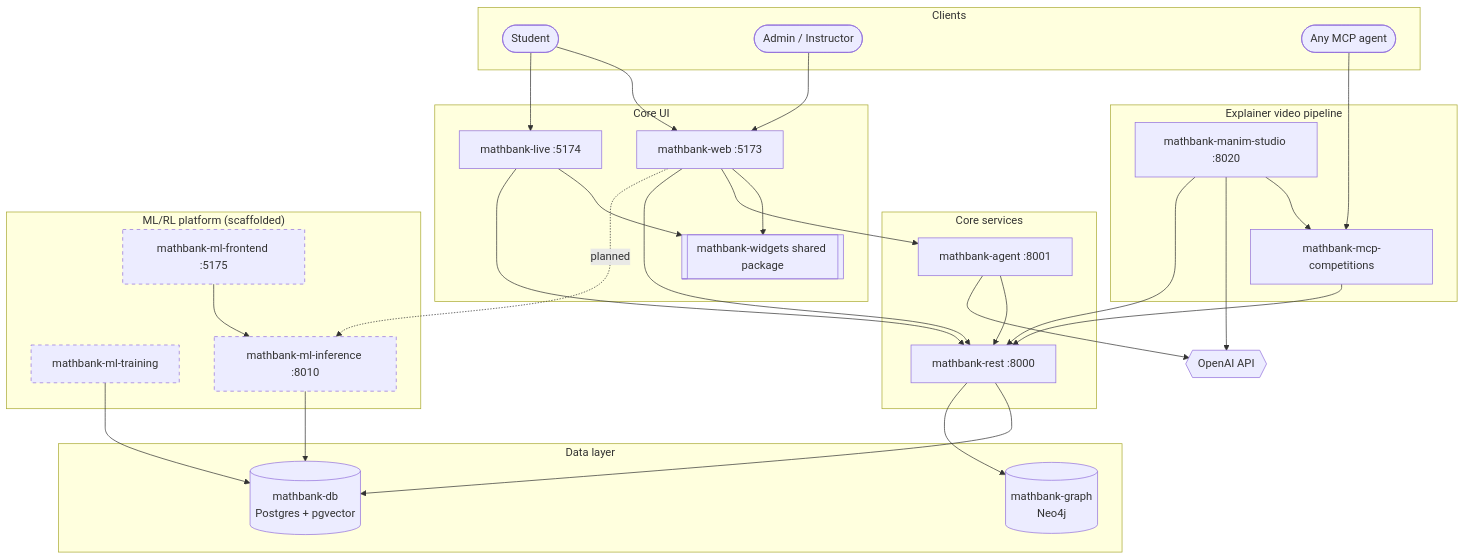
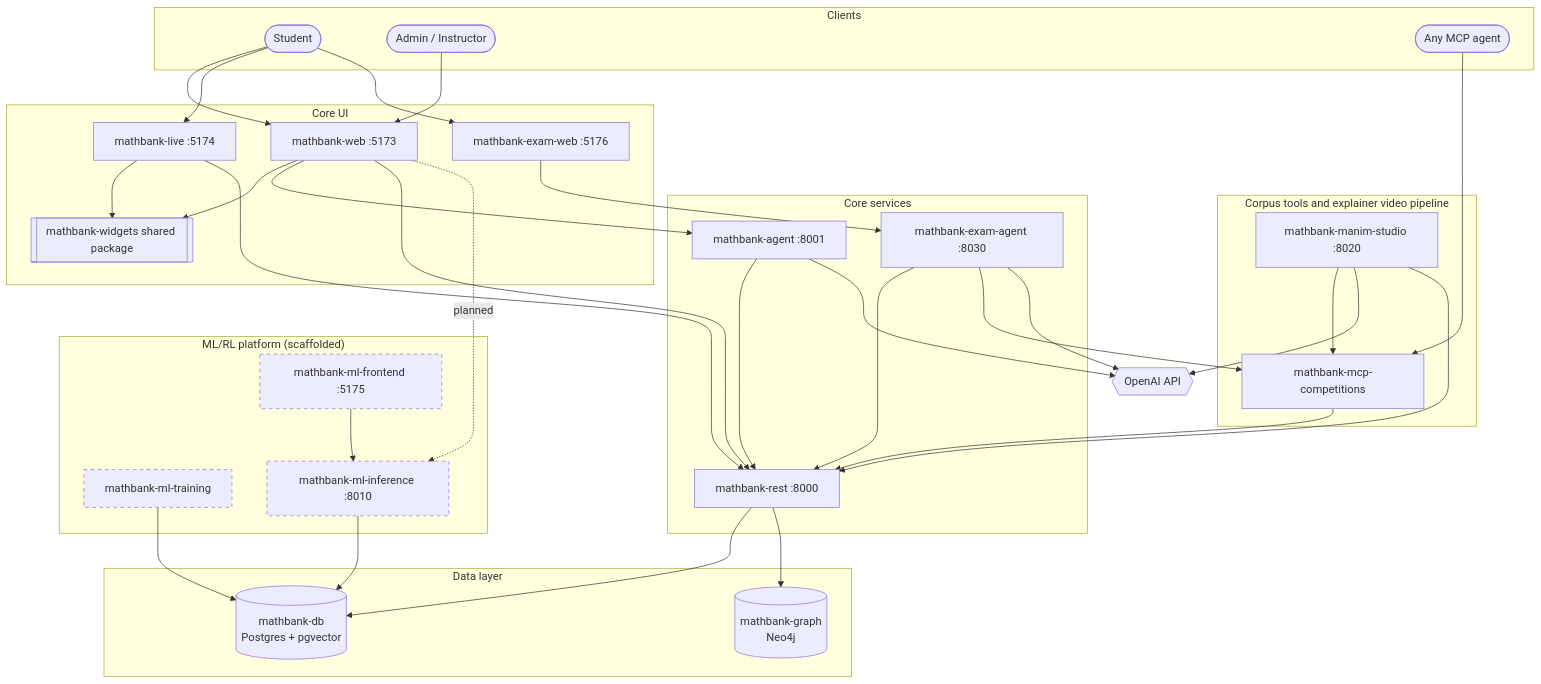
Before and after one commit to sutanuchaudhuri/knowledge-bank-ingestion: the first of 12 diagrams in README.md, drawn with Mermaid. The commit also changed other lines of this file, not shown here.

````diff
--- a/README.md
+++ b/README.md
@@ -104,66 +108,73 @@
 ```mermaid
 flowchart TB
     subgraph Clients
         Stu([Student])
         Adm([Admin / Instructor])
         MCPAgent([Any MCP agent])
     end
 
     subgraph CoreUI["Core UI"]
         Web[mathbank-web :5173]
         Live[mathbank-live :5174]
+        ExamWeb[mathbank-exam-web :5176]
         Widgets[[mathbank-widgets shared package]]
     end
 
     subgraph CoreServices["Core services"]
         Agent[mathbank-agent :8001]
+        ExamAgent[mathbank-exam-agent :8030]
         Rest[mathbank-rest :8000]
     end
 
-    subgraph VideoPipeline["Explainer video pipeline"]
+    subgraph CorpusTools["Corpus tools and explainer video pipeline"]
         Mcp[mathbank-mcp-competitions]
         Manim[mathbank-manim-studio :8020]
     end
 
     subgraph MLPlatform["ML/RL platform (scaffolded)"]
         MlTrain[mathbank-ml-training]
         MlInfer[mathbank-ml-inference :8010]
         MlFront[mathbank-ml-frontend :5175]
     end
 
     subgraph Data["Data layer"]
         Db[(mathbank-db
 Postgres + pgvector)]
         Graph[(mathbank-graph
 Neo4j)]
     end
 
     OpenAI{{OpenAI API}}
 
     Stu --> Web
     Stu --> Live
+    Stu --> ExamWeb
     Adm --> Web
     Web --> Widgets
     Live --> Widgets
     Web --> Agent
     Web --> Rest
     Live --> Rest
+    ExamWeb --> ExamAgent
     Agent --> Rest
     Agent --> OpenAI
+    ExamAgent --> Rest
+    ExamAgent --> Mcp
+    ExamAgent --> OpenAI
     Rest --> Db
     Rest --> Graph
 
     MCPAgent --> Mcp
     Mcp --> Rest
     Manim --> Mcp
     Manim --> OpenAI
     Manim --> Rest
 
     MlTrain --> Db
     MlInfer --> Db
     MlFront --> MlInfer
     Web -.planned.-> MlInfer
 
     classDef scaffolded stroke-dasharray: 5 5
     class MlTrain,MlInfer,MlFront scaffolded
 ```
````
